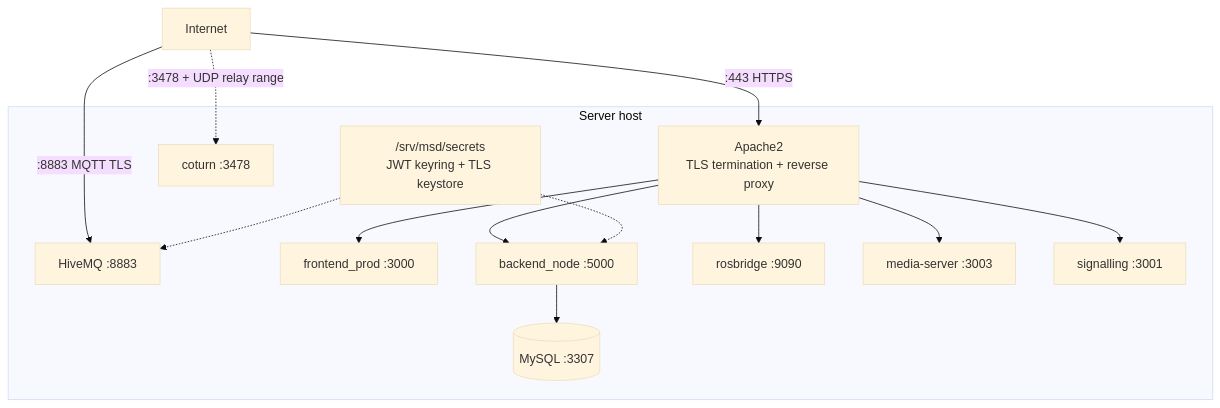
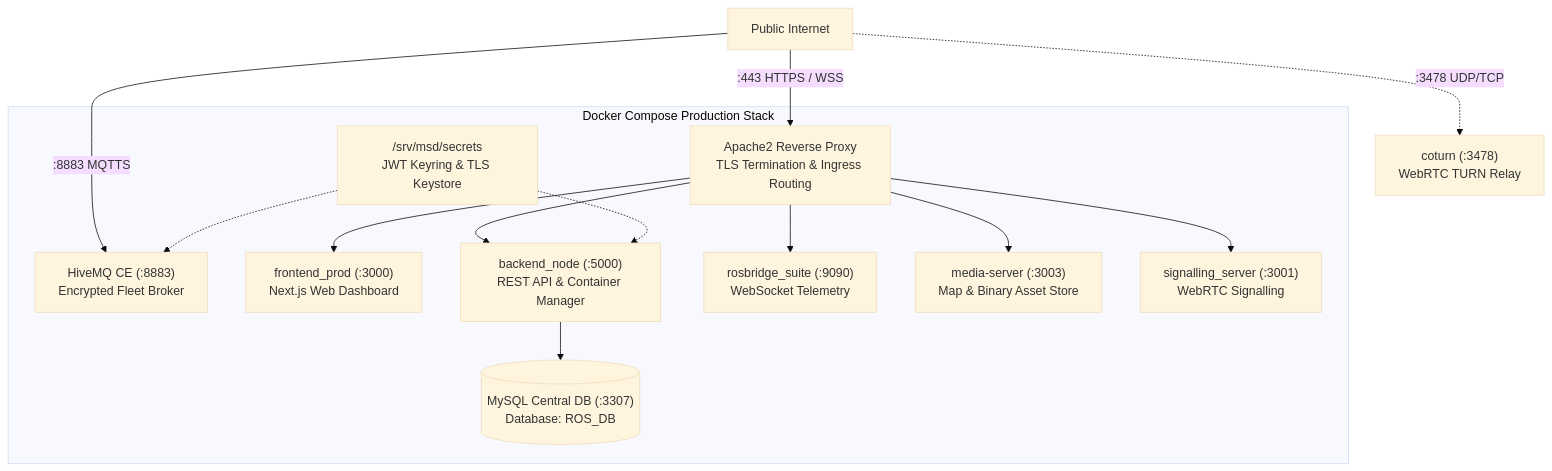
Before and after one commit to itbdelaboprogramming/msd700_documentation: the first of 2 diagrams in docs/setup/server-setup.md, drawn with Mermaid (base theme). The commit also changed other lines of this file and 1 other file, not shown here.

Commit message:
docs: rewrite unit and server setup guides with updated architectural diagrams and refined deployment steps

````diff
--- a/docs/setup/server-setup.md
+++ b/docs/setup/server-setup.md
@@ -21,21 +19,18 @@
 ```mermaid
 flowchart TB
-  NET["Internet"] -->|":443 HTTPS"| AP
-  NET -->|":8883 MQTT TLS"| MQ
-  NET -.->|":3478 + UDP relay range"| TURN
+  NET["Public Internet"] -->|":443 HTTPS / WSS"| AP["Apache2 Reverse Proxy<br/>TLS Termination & Ingress Routing"]
+  NET -->|":8883 MQTTS"| MQ["HiveMQ CE (:8883)<br/>Encrypted Fleet Broker"]
+  NET -.->|":3478 UDP/TCP"| TURN["coturn (:3478)<br/>WebRTC TURN Relay"]
 
-  subgraph HOST["Server host"]
-    AP["Apache2<br/>TLS termination + reverse proxy"]
-    AP --> FE["frontend_prod :3000"]
-    AP --> BE["backend_node :5000"]
-    AP --> RB["rosbridge :9090"]
-    AP --> MED["media-server :3003"]
-    AP --> SIG["signalling :3001"]
-    BE --> DB[("MySQL :3307")]
-    MQ["HiveMQ :8883"]
-    TURN["coturn :3478"]
-    SEC["/srv/msd/secrets<br/>JWT keyring + TLS keystore"]
+  subgraph DockerServices["Docker Compose Production Stack"]
+    AP --> FE["frontend_prod (:3000)<br/>Next.js Web Dashboard"]
+    AP --> BE["backend_node (:5000)<br/>REST API & Container Manager"]
+    AP --> RB["rosbridge_suite (:9090)<br/>WebSocket Telemetry"]
+    AP --> MED["media-server (:3003)<br/>Map & Binary Asset Store"]
+    AP --> SIG["signalling_server (:3001)<br/>WebRTC Signalling"]
+    BE --> DB[("MySQL Central DB (:3307)<br/>Database: ROS_DB")]
+    SEC["/srv/msd/secrets<br/>JWT Keyring & TLS Keystore"]
     SEC -.-> BE
     SEC -.-> MQ
   end
 ```
````
